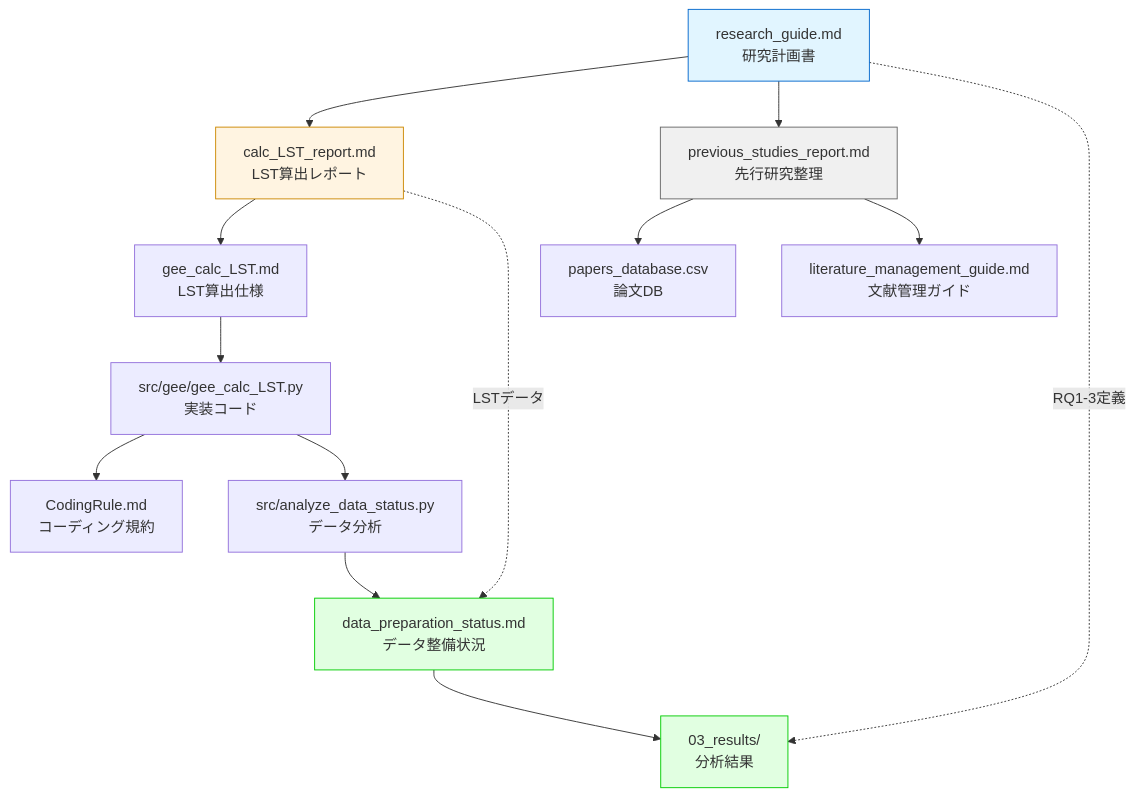
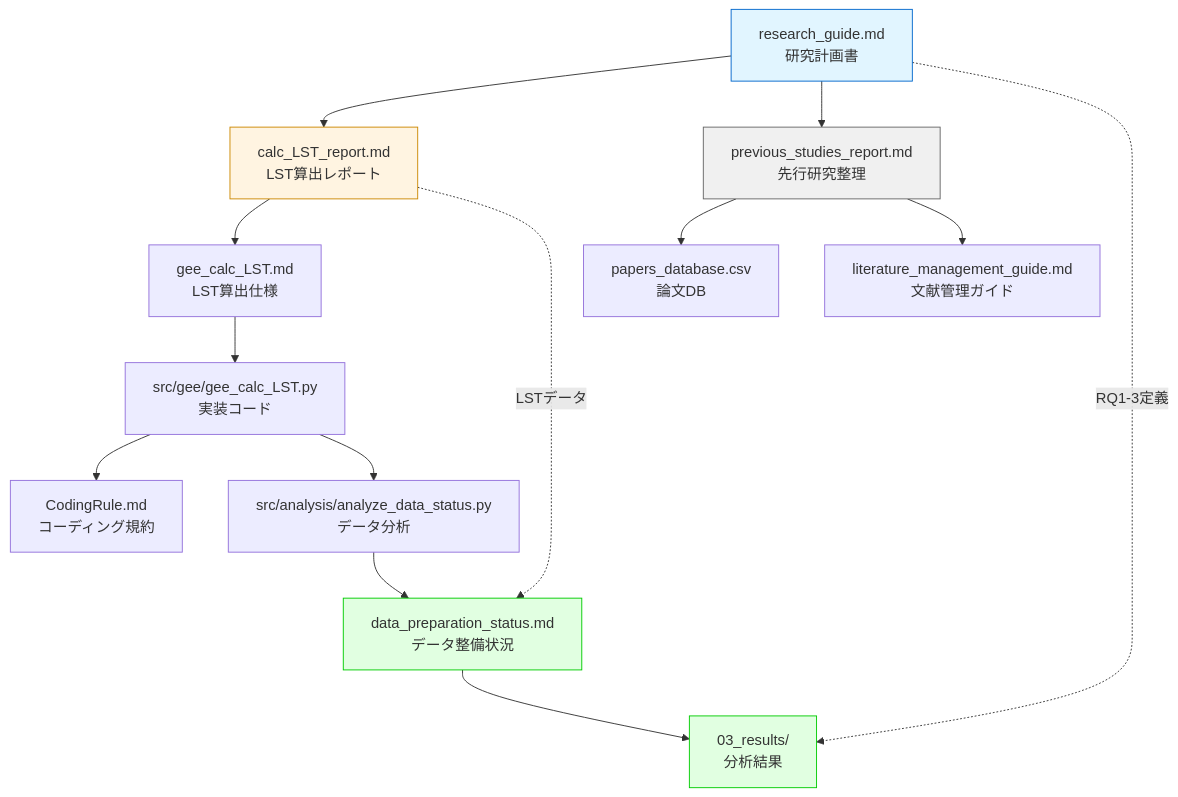
Before and after one commit to HitsujiNeko/MasterResearch: the diagram in docs/README.md, drawn with Mermaid. The commit also changed other lines of this file and 2 other files, not shown here.

````diff
--- a/docs/README.md
+++ b/docs/README.md
@@ -117,26 +132,26 @@
 ```mermaid
 graph TB
     A[research_guide.md<br/>研究計画書] --> B[calc_LST_report.md<br/>LST算出レポート]
     A --> C[previous_studies_report.md<br/>先行研究整理]
     
     B --> D[gee_calc_LST.md<br/>LST算出仕様]
     D --> E[src/gee/gee_calc_LST.py<br/>実装コード]
     
     C --> F[papers_database.csv<br/>論文DB]
     C --> G[literature_management_guide.md<br/>文献管理ガイド]
     
     E --> H[CodingRule.md<br/>コーディング規約]
-    E --> J[src/analyze_data_status.py<br/>データ分析]
+    E --> J[src/analysis/analyze_data_status.py<br/>データ分析]
     
     J --> K[data_preparation_status.md<br/>データ整備状況]
     
     A -.RQ1-3定義.-> I[03_results/<br/>分析結果]
     B -.LSTデータ.-> K
     K --> I
     
     style A fill:#e1f5ff,stroke:#0066cc
     style B fill:#fff4e1,stroke:#cc8800
     style C fill:#f0f0f0,stroke:#666
     style I fill:#e1ffe1,stroke:#00cc00
     style K fill:#e1ffe1,stroke:#00cc00
 ```
````
